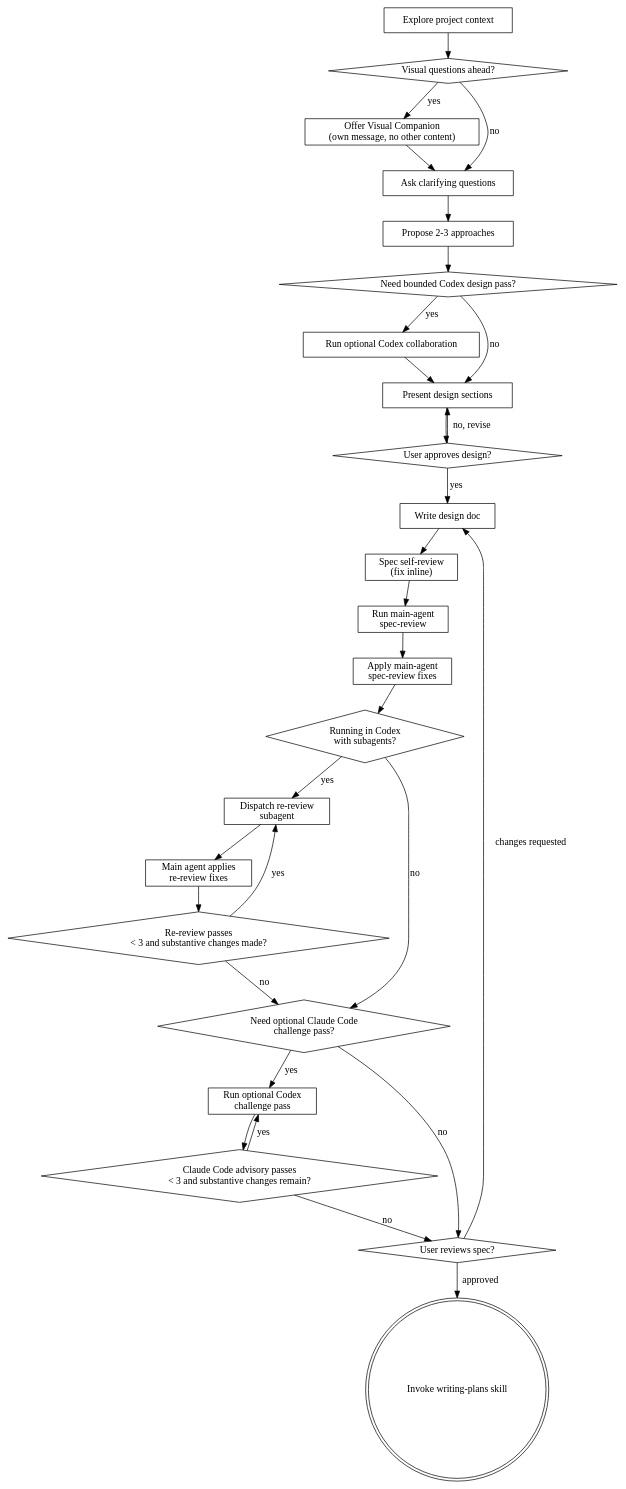
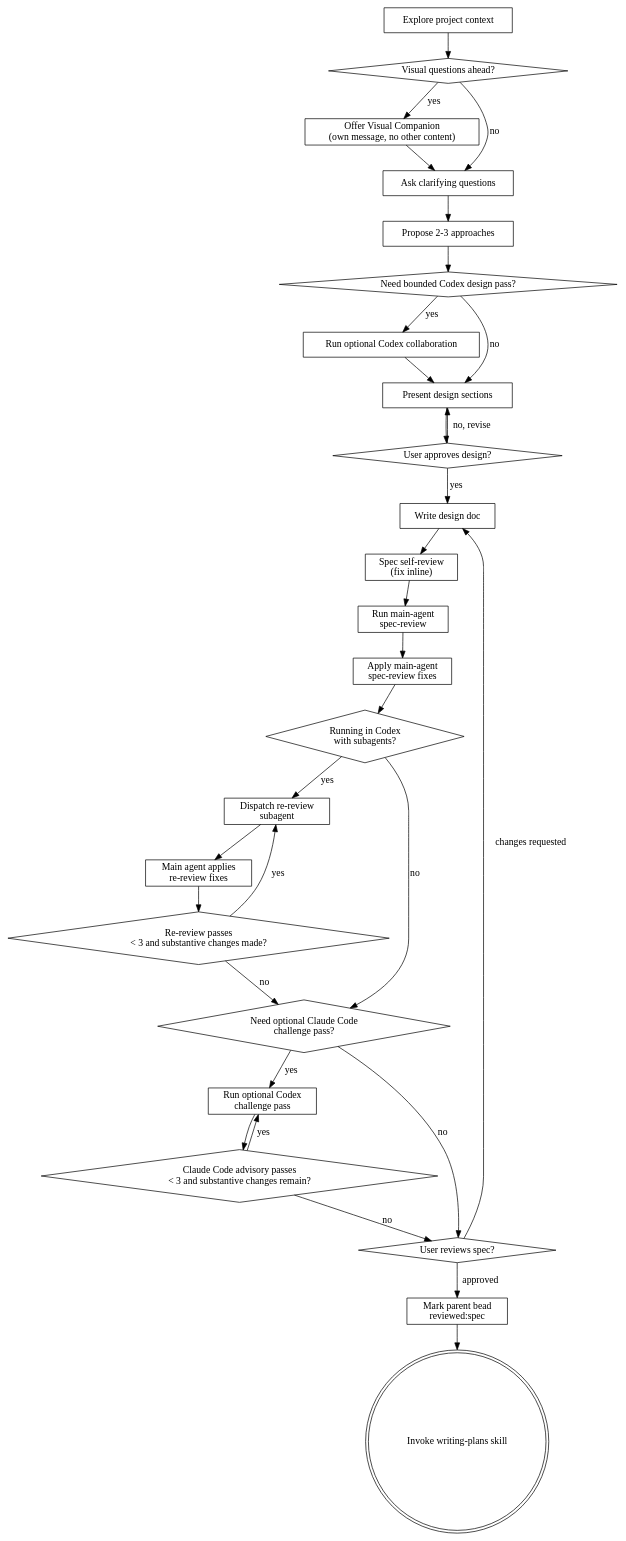
Before and after one commit to nakkulla/superpowers: the diagram in skills/brainstorming/SKILL.md, drawn with Graphviz. The commit also changed other lines of this file, not shown here.

Commit message:
brainstorming spec 리뷰 라벨 책임 이동

````diff
--- a/skills/brainstorming/SKILL.md
+++ b/skills/brainstorming/SKILL.md
@@ -41,56 +42,58 @@
 ```dot
 digraph brainstorming {
     "Explore project context" [shape=box];
     "Visual questions ahead?" [shape=diamond];
     "Offer Visual Companion\n(own message, no other content)" [shape=box];
     "Ask clarifying questions" [shape=box];
     "Propose 2-3 approaches" [shape=box];
     "Need bounded Codex design pass?" [shape=diamond];
     "Run optional Codex collaboration" [shape=box];
     "Present design sections" [shape=box];
     "User approves design?" [shape=diamond];
     "Write design doc" [shape=box];
     "Spec self-review\n(fix inline)" [shape=box];
     "Run main-agent\nspec-review" [shape=box];
     "Apply main-agent\nspec-review fixes" [shape=box];
     "Running in Codex\nwith subagents?" [shape=diamond];
     "Dispatch re-review\nsubagent" [shape=box];
     "Main agent applies\nre-review fixes" [shape=box];
     "Re-review passes\n< 3 and substantive changes made?" [shape=diamond];
     "Need optional Claude Code\nchallenge pass?" [shape=diamond];
     "Run optional Codex\nchallenge pass" [shape=box];
     "Claude Code advisory passes\n< 3 and substantive changes remain?" [shape=diamond];
     "User reviews spec?" [shape=diamond];
+    "Mark parent bead\nreviewed:spec" [shape=box];
     "Invoke writing-plans skill" [shape=doublecircle];
 
     "Explore project context" -> "Visual questions ahead?";
     "Visual questions ahead?" -> "Offer Visual Companion\n(own message, no other content)" [label="yes"];
     "Visual questions ahead?" -> "Ask clarifying questions" [label="no"];
     "Offer Visual Companion\n(own message, no other content)" -> "Ask clarifying questions";
     "Ask clarifying questions" -> "Propose 2-3 approaches";
     "Propose 2-3 approaches" -> "Need bounded Codex design pass?";
     "Need bounded Codex design pass?" -> "Run optional Codex collaboration" [label="yes"];
     "Need bounded Codex design pass?" -> "Present design sections" [label="no"];
     "Run optional Codex collaboration" -> "Present design sections";
     "Present design sections" -> "User approves design?";
     "User approves design?" -> "Present design sections" [label="no, revise"];
     "User approves design?" -> "Write design doc" [label="yes"];
     "Write design doc" -> "Spec self-review\n(fix inline)";
     "Spec self-review\n(fix inline)" -> "Run main-agent\nspec-review";
     "Run main-agent\nspec-review" -> "Apply main-agent\nspec-review fixes";
     "Apply main-agent\nspec-review fixes" -> "Running in Codex\nwith subagents?";
     "Running in Codex\nwith subagents?" -> "Dispatch re-review\nsubagent" [label="yes"];
     "Running in Codex\nwith subagents?" -> "Need optional Claude Code\nchallenge pass?" [label="no"];
     "Dispatch re-review\nsubagent" -> "Main agent applies\nre-review fixes";
     "Main agent applies\nre-review fixes" -> "Re-review passes\n< 3 and substantive changes made?";
     "Re-review passes\n< 3 and substantive changes made?" -> "Dispatch re-review\nsubagent" [label="yes"];
     "Re-review passes\n< 3 and substantive changes made?" -> "Need optional Claude Code\nchallenge pass?" [label="no"];
     "Need optional Claude Code\nchallenge pass?" -> "Run optional Codex\nchallenge pass" [label="yes"];
     "Need optional Claude Code\nchallenge pass?" -> "User reviews spec?" [label="no"];
     "Run optional Codex\nchallenge pass" -> "Claude Code advisory passes\n< 3 and substantive changes remain?";
     "Claude Code advisory passes\n< 3 and substantive changes remain?" -> "Run optional Codex\nchallenge pass" [label="yes"];
     "Claude Code advisory passes\n< 3 and substantive changes remain?" -> "User reviews spec?" [label="no"];
     "User reviews spec?" -> "Write design doc" [label="changes requested"];
-    "User reviews spec?" -> "Invoke writing-plans skill" [label="approved"];
+    "User reviews spec?" -> "Mark parent bead\nreviewed:spec" [label="approved"];
+    "Mark parent bead\nreviewed:spec" -> "Invoke writing-plans skill";
 }
 ```
````
